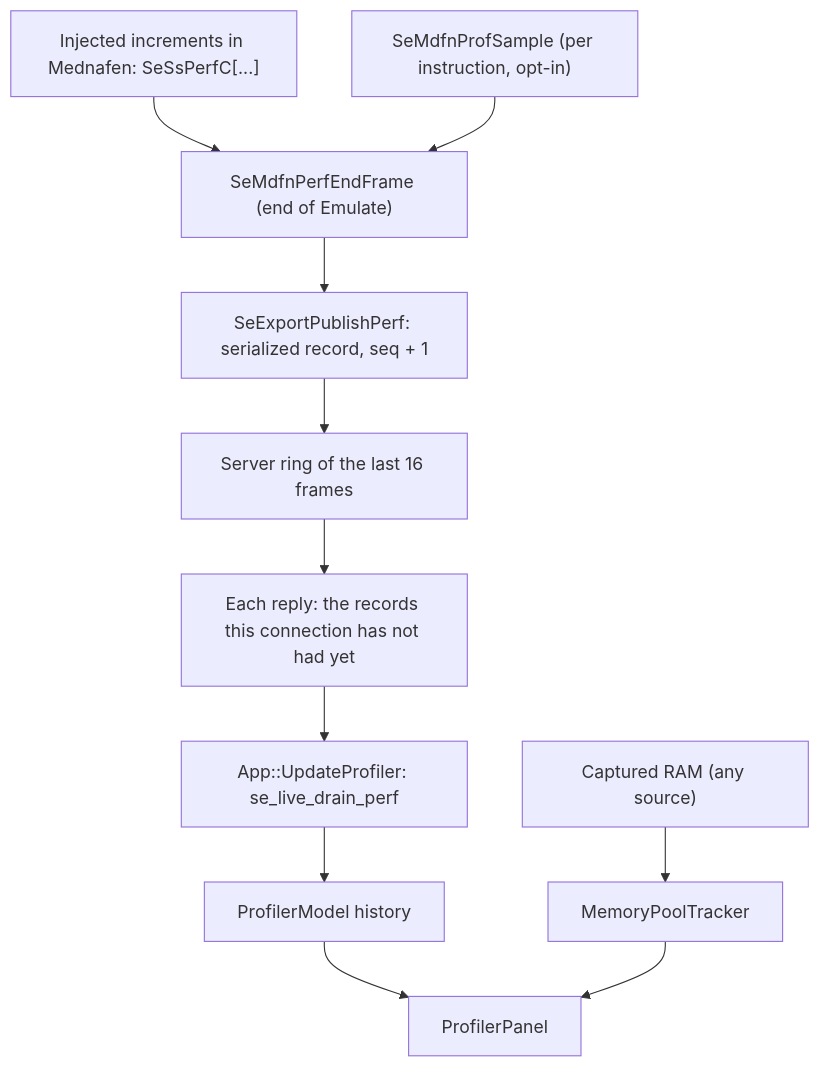
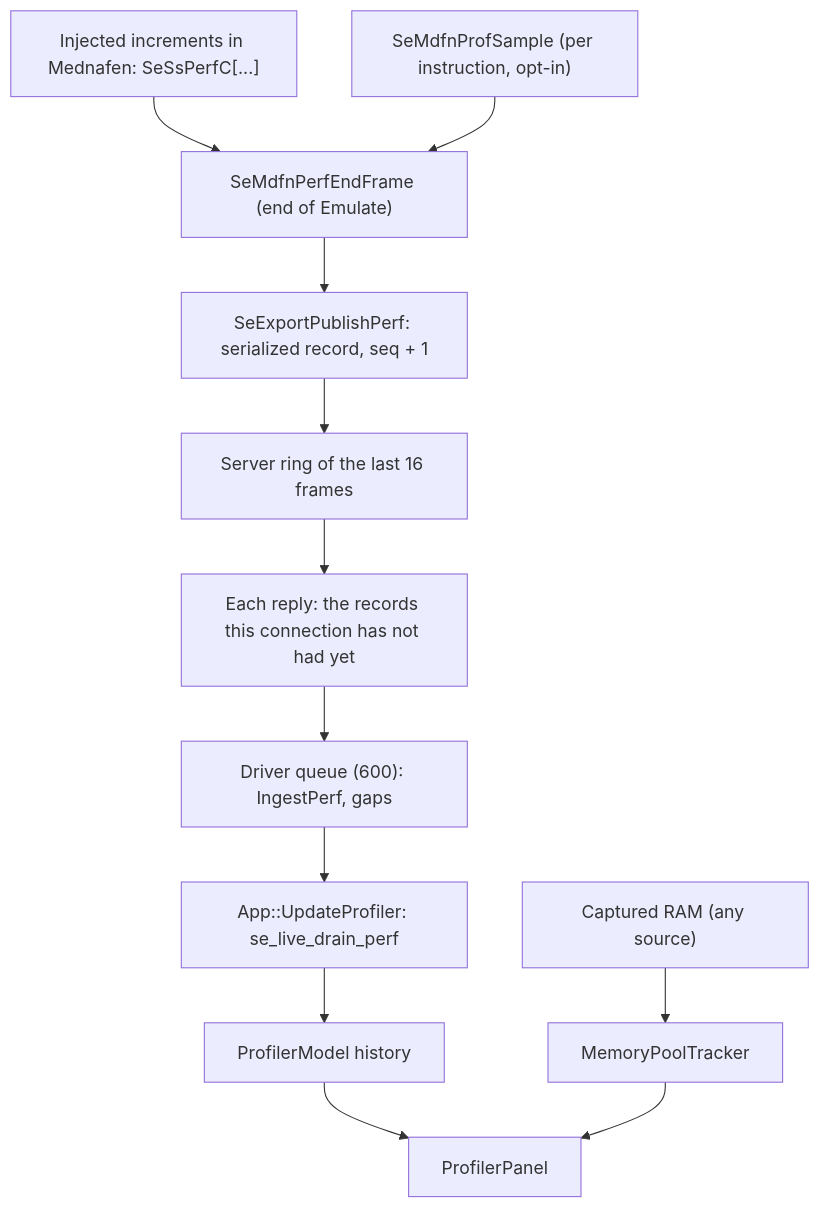
One commit to NoahSteam/RomHackingTools changed the diagram in SaturnExplorer/Docs/Codebase/Systems/Profiler.md. Above: the diagram before and after it, drawn with Mermaid. The commit also changed other lines of this file and 16 other files, not shown here.

````diff
--- a/SaturnExplorer/Docs/Codebase/Systems/Profiler.md
+++ b/SaturnExplorer/Docs/Codebase/Systems/Profiler.md
@@ -44,12 +45,13 @@
 ```mermaid
 flowchart TD
     I["Injected increments in Mednafen: SeSsPerfC[...]"] --> E["SeMdfnPerfEndFrame (end of Emulate)"]
     S["SeMdfnProfSample (per instruction, opt-in)"] --> E
     E --> P["SeExportPublishPerf: serialized record, seq + 1"]
     P --> R["Server ring of the last 16 frames"]
     R --> D["Each reply: the records this connection has not had yet"]
-    D --> A["App::UpdateProfiler: se_live_drain_perf"]
+    D --> Q["Driver queue (600): IngestPerf, gaps"]
+    Q --> A["App::UpdateProfiler: se_live_drain_perf"]
     A --> M["ProfilerModel history"]
     M --> U["ProfilerPanel"]
     C["Captured RAM (any source)"] --> T["MemoryPoolTracker"] --> U
 ```
````
